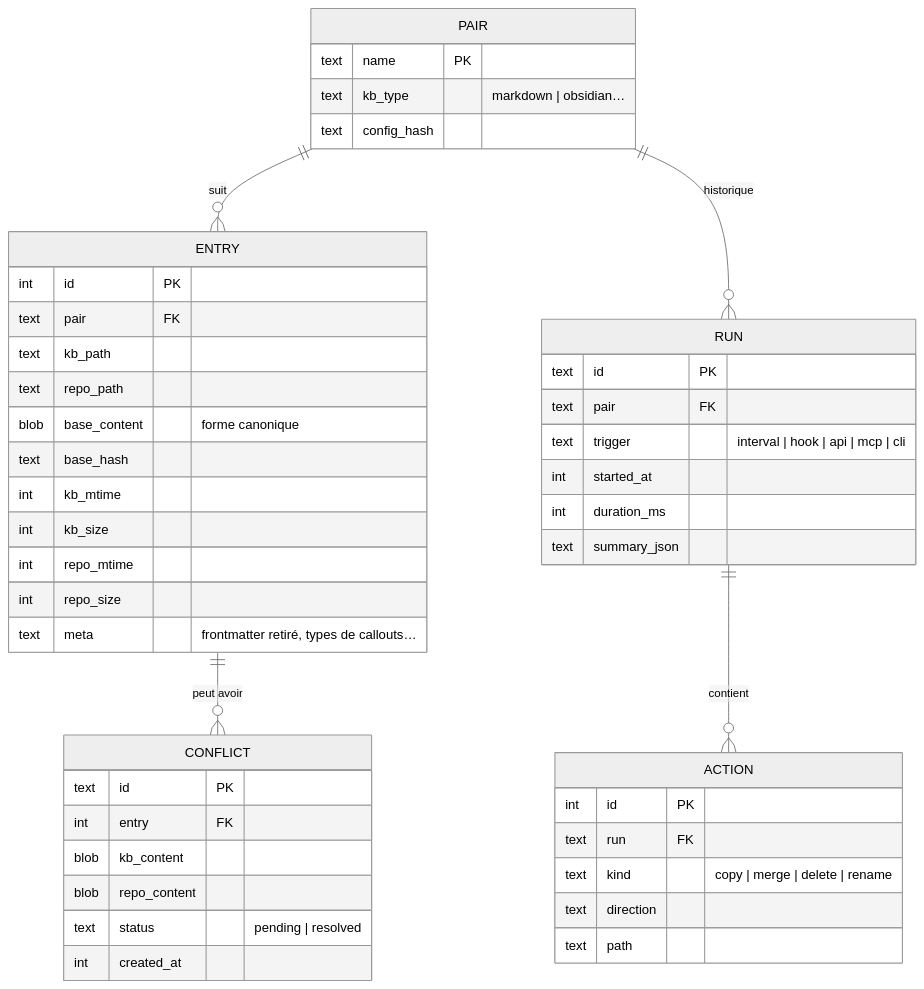
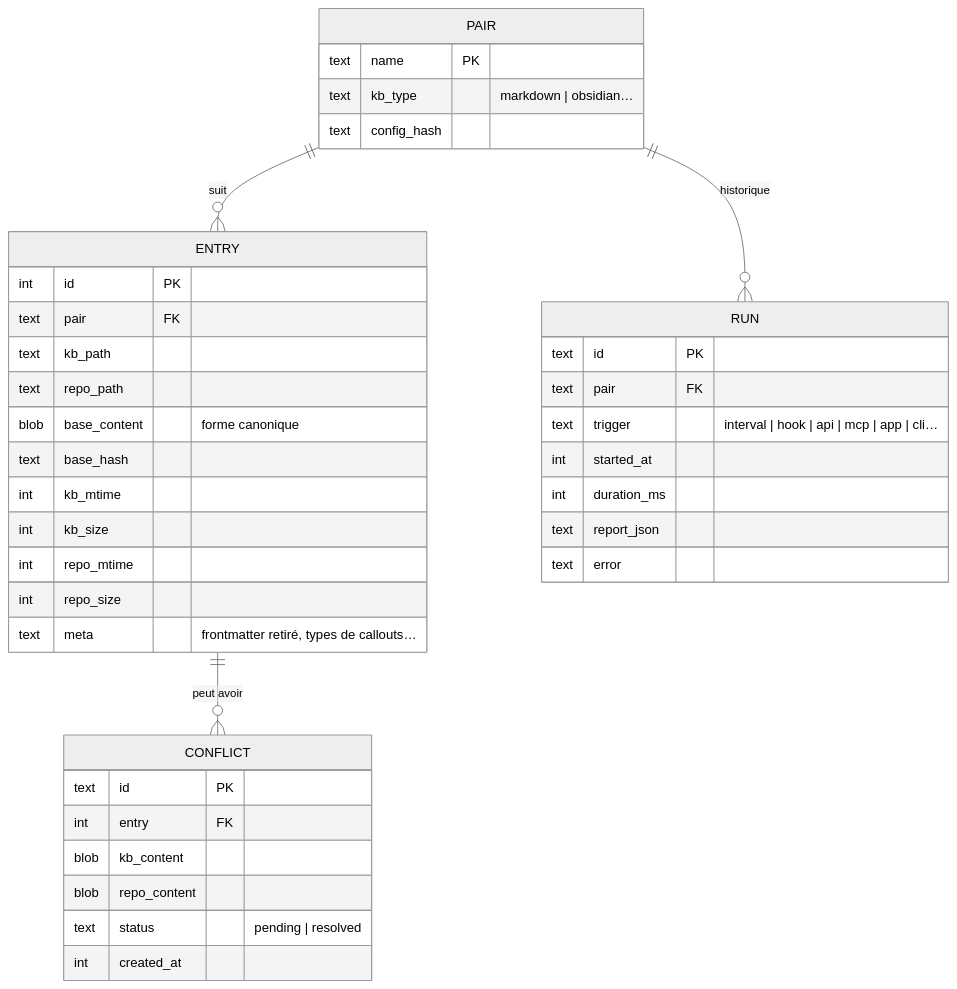
One commit to studoo-app/markoo changed the third of 3 diagrams in documentation/fr/06-configuration.md. Above: the diagram before and after it, drawn with Mermaid (neutral theme). The commit also changed other lines of this file and 26 other files, not shown here.

````diff
--- a/documentation/fr/06-configuration.md
+++ b/documentation/fr/06-configuration.md
@@ -163,49 +162,42 @@
 ```mermaid
 erDiagram
     PAIR ||--o{ ENTRY : suit
     ENTRY ||--o{ CONFLICT : "peut avoir"
     PAIR ||--o{ RUN : "historique"
-    RUN ||--o{ ACTION : contient
 
     PAIR {
         text name PK
         text kb_type "markdown | obsidian…"
         text config_hash
     }
     ENTRY {
         int id PK
         text pair FK
         text kb_path
         text repo_path
         blob base_content "forme canonique"
         text base_hash
         int kb_mtime
         int kb_size
         int repo_mtime
         int repo_size
         text meta "frontmatter retiré, types de callouts…"
     }
     CONFLICT {
         text id PK
         int entry FK
         blob kb_content
         blob repo_content
         text status "pending | resolved"
         int created_at
     }
     RUN {
         text id PK
         text pair FK
-        text trigger "interval | hook | api | mcp | cli"
+        text trigger "interval | hook | api | mcp | app | cli…"
         int started_at
         int duration_ms
-        text summary_json
-    }
-    ACTION {
-        int id PK
-        text run FK
-        text kind "copy | merge | delete | rename"
-        text direction
-        text path
+        text report_json
+        text error
     }
 ```
````
